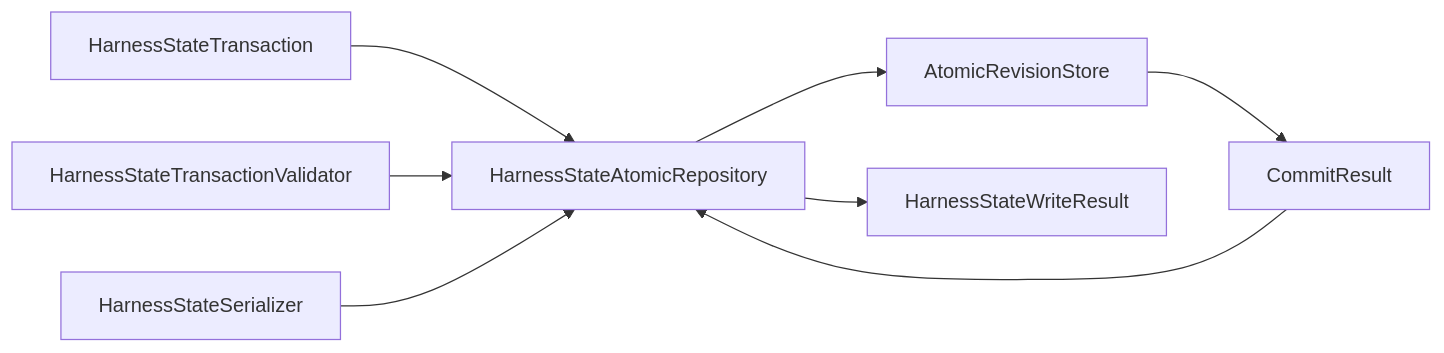
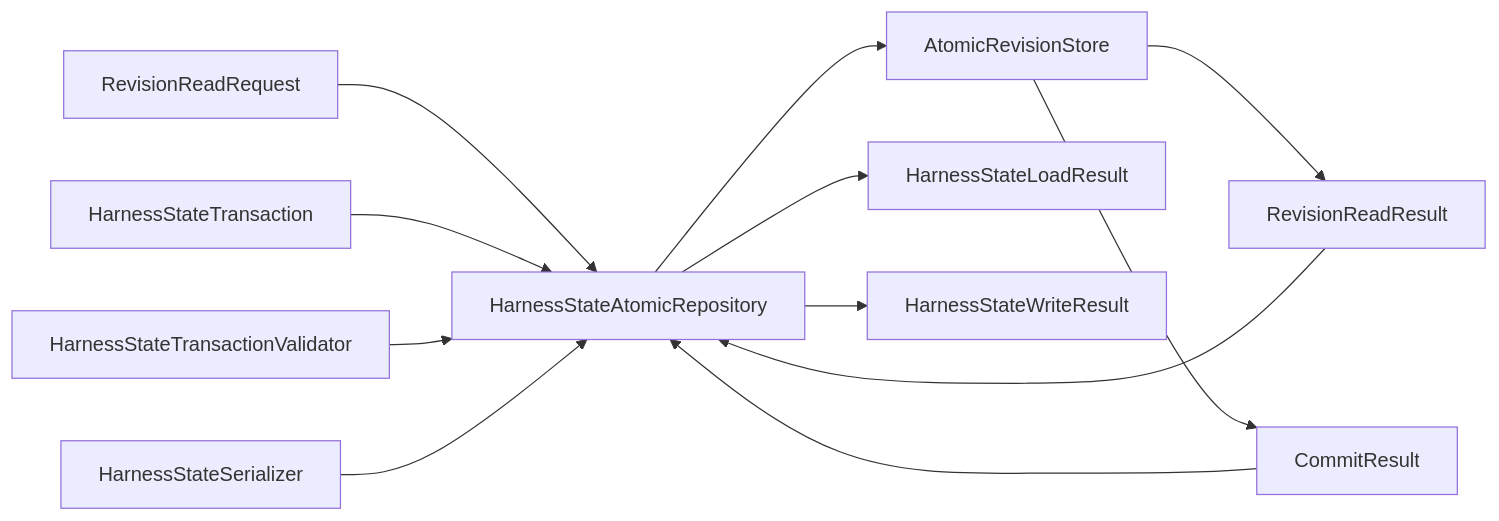
Before and after one commit to eragasa/ksdft2effmass: the diagram in docs/architecture/v2/ksdft2effmass/harness/persistence.md, drawn with Mermaid. The commit also changed other lines of this file and 54 other files, not shown here.

Commit message:
docs: close architecture v2 planning issues

````diff
--- a/docs/architecture/v2/ksdft2effmass/harness/persistence.md
+++ b/docs/architecture/v2/ksdft2effmass/harness/persistence.md
@@ -24,10 +25,14 @@
 ```mermaid
 flowchart LR
-    transaction["HarnessStateTransaction"] --> repository["HarnessStateAtomicRepository"]
+    read_request["RevisionReadRequest"] --> repository["HarnessStateAtomicRepository"]
+    transaction["HarnessStateTransaction"] --> repository
     validator["HarnessStateTransactionValidator"] --> repository
     serializer["HarnessStateSerializer"] --> repository
     repository --> store["AtomicRevisionStore"]
-    store --> result["CommitResult"]
-    result --> repository
+    store --> read_result["RevisionReadResult"]
+    store --> commit_result["CommitResult"]
+    read_result --> repository
+    commit_result --> repository
+    repository --> load_result["HarnessStateLoadResult"]
     repository --> write_result["HarnessStateWriteResult"]
 ```
````
